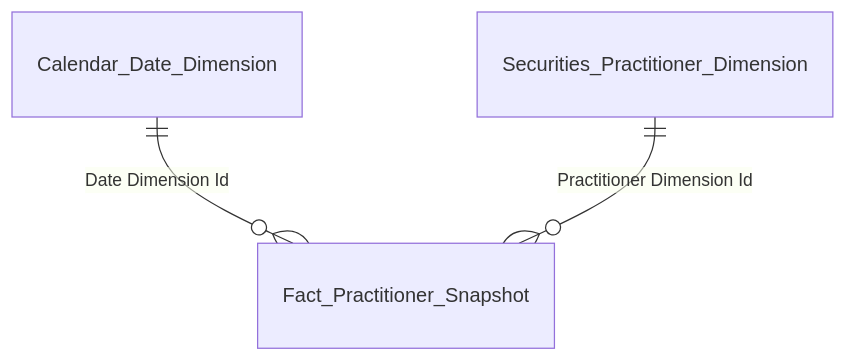
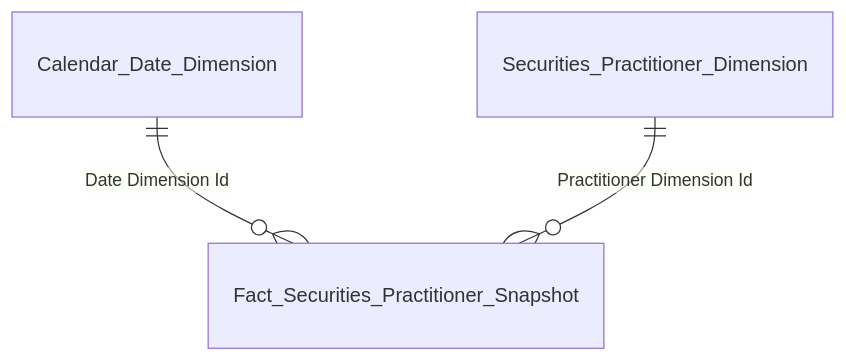
One commit to linhlvit/ubck_atomic_design changed the first of 21 diagrams in Gold/hld/GOLD_NHNCK_HLD.md. Above: the diagram before and after it, drawn with Mermaid. The commit also changed other lines of this file and 9 other files, not shown here.

````diff
--- a/Gold/hld/GOLD_NHNCK_HLD.md
+++ b/Gold/hld/GOLD_NHNCK_HLD.md
@@ -61,5 +61,5 @@
 ```mermaid
 erDiagram
-    Calendar_Date_Dimension ||--o{ Fact_Practitioner_Snapshot : "Date Dimension Id"
-    Securities_Practitioner_Dimension ||--o{ Fact_Practitioner_Snapshot : "Practitioner Dimension Id"
+    Calendar_Date_Dimension ||--o{ Fact_Securities_Practitioner_Snapshot : "Date Dimension Id"
+    Securities_Practitioner_Dimension ||--o{ Fact_Securities_Practitioner_Snapshot : "Practitioner Dimension Id"
 ```
````
